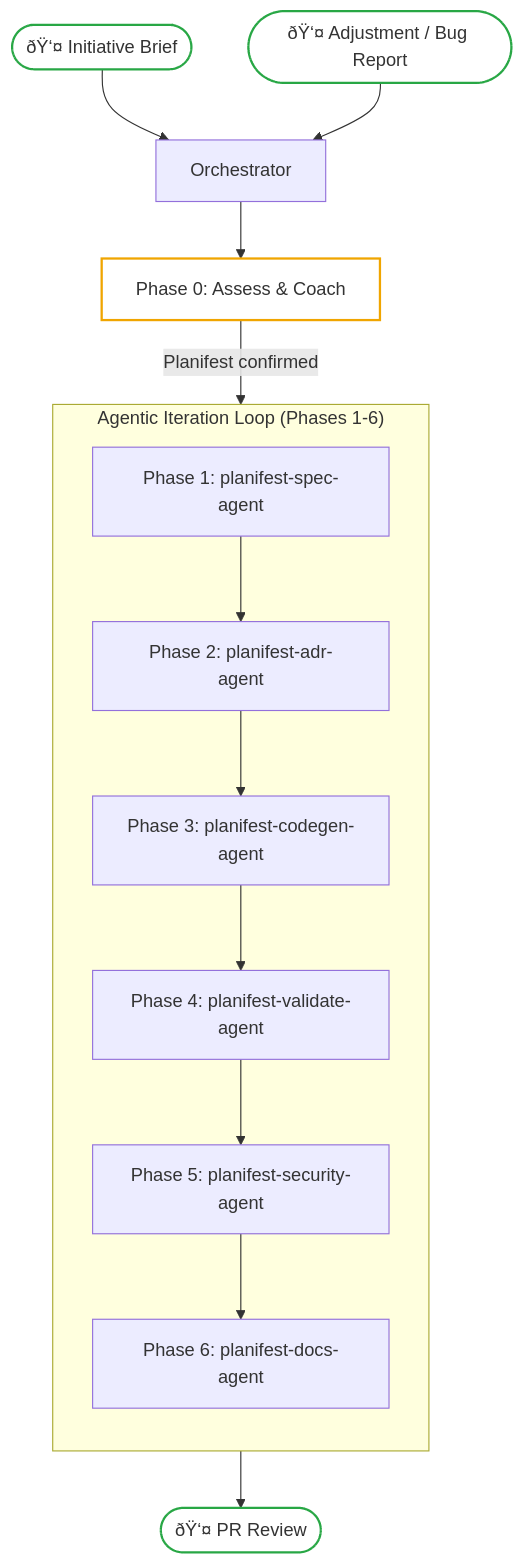
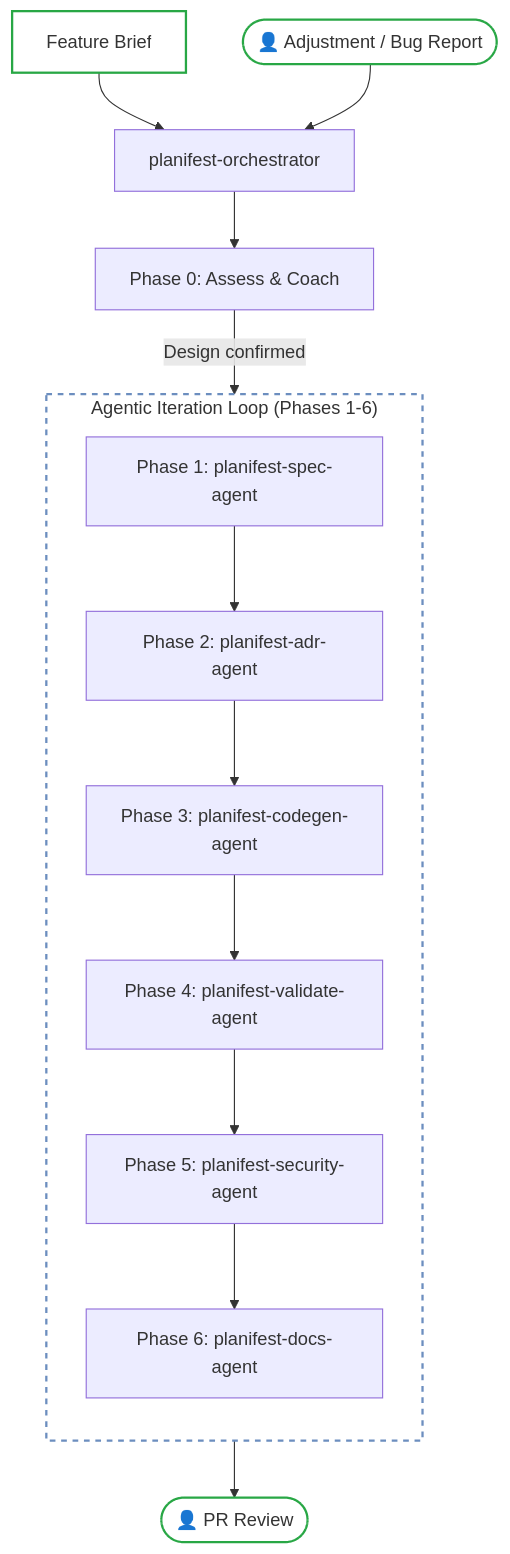
The first of 3 diagrams in planifest-docs/p001-planifest-master-plan.md (planifest/planifest-website), drawn with Mermaid before and after one commit. The commit also changed other lines of this file and 8 other files, not shown here.

````diff
--- a/planifest-docs/p001-planifest-master-plan.md
+++ b/planifest-docs/p001-planifest-master-plan.md
@@ -54,25 +35,26 @@
 ```mermaid
 flowchart TD
-    A([ðŸ‘¤ Initiative Brief]) --> ORCH[Orchestrator]
-    Z([ðŸ‘¤ Adjustment / Bug Report]) --> ORCH
+    A[Feature Brief] --> ORCH[planifest-orchestrator]
+    
+    Z([👤 Adjustment / Bug Report]) --> ORCH
 
     ORCH --> PHASE0[Phase 0: Assess & Coach]
-    PHASE0 -->|Planifest confirmed| LOOP
+    PHASE0 -->|Design confirmed| LOOP
     
     subgraph LOOP["Agentic Iteration Loop (Phases 1-6)"]
         direction TB
         PHASE1[Phase 1: planifest-spec-agent]
         PHASE1 --> PHASE2[Phase 2: planifest-adr-agent]
         PHASE2 --> PHASE3[Phase 3: planifest-codegen-agent]
         PHASE3 --> PHASE4[Phase 4: planifest-validate-agent]
         PHASE4 --> PHASE5[Phase 5: planifest-security-agent]
         PHASE5 --> PHASE6[Phase 6: planifest-docs-agent]
     end
     
-    PHASE6 --> HGATE([ðŸ‘¤ PR Review])
+    PHASE6 --> HGATE([👤 PR Review])
 
     style A fill:transparent,stroke:#28a745,stroke-width:2px
     style Z fill:transparent,stroke:#28a745,stroke-width:2px
     style HGATE fill:transparent,stroke:#28a745,stroke-width:2px
-    style PHASE0 fill:transparent,stroke:#f0a500,stroke-width:2px
+    style LOOP fill:transparent,stroke:#6c8ebf,stroke-width:2px,stroke-dasharray: 5 5
 ```
````
